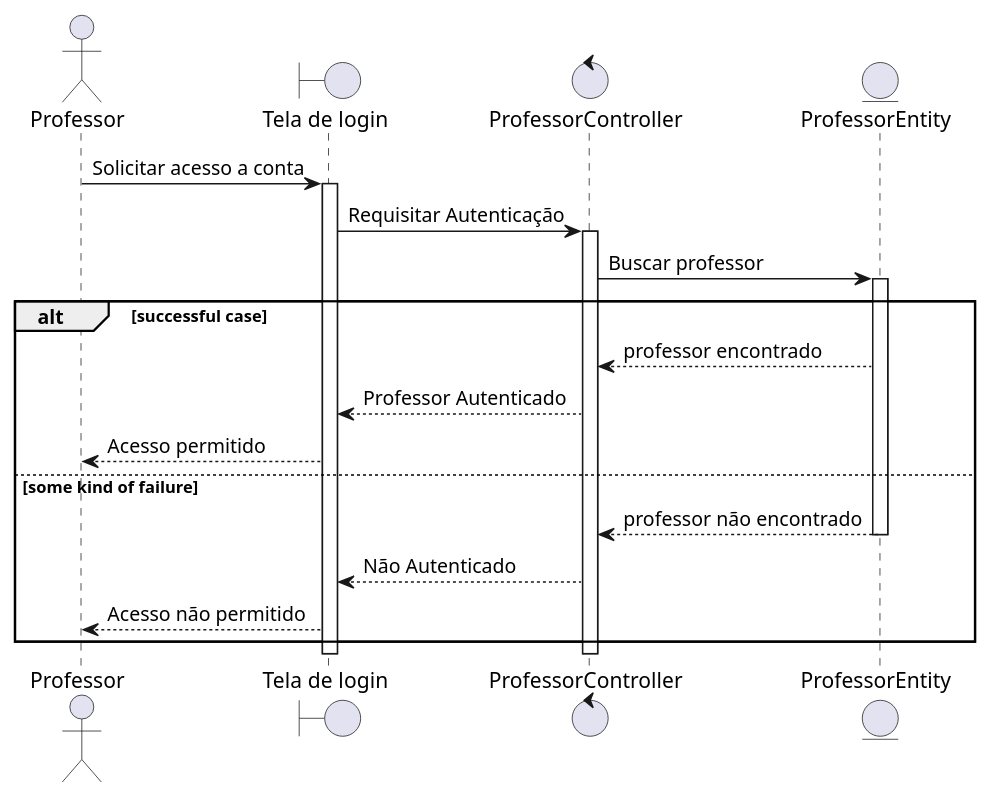
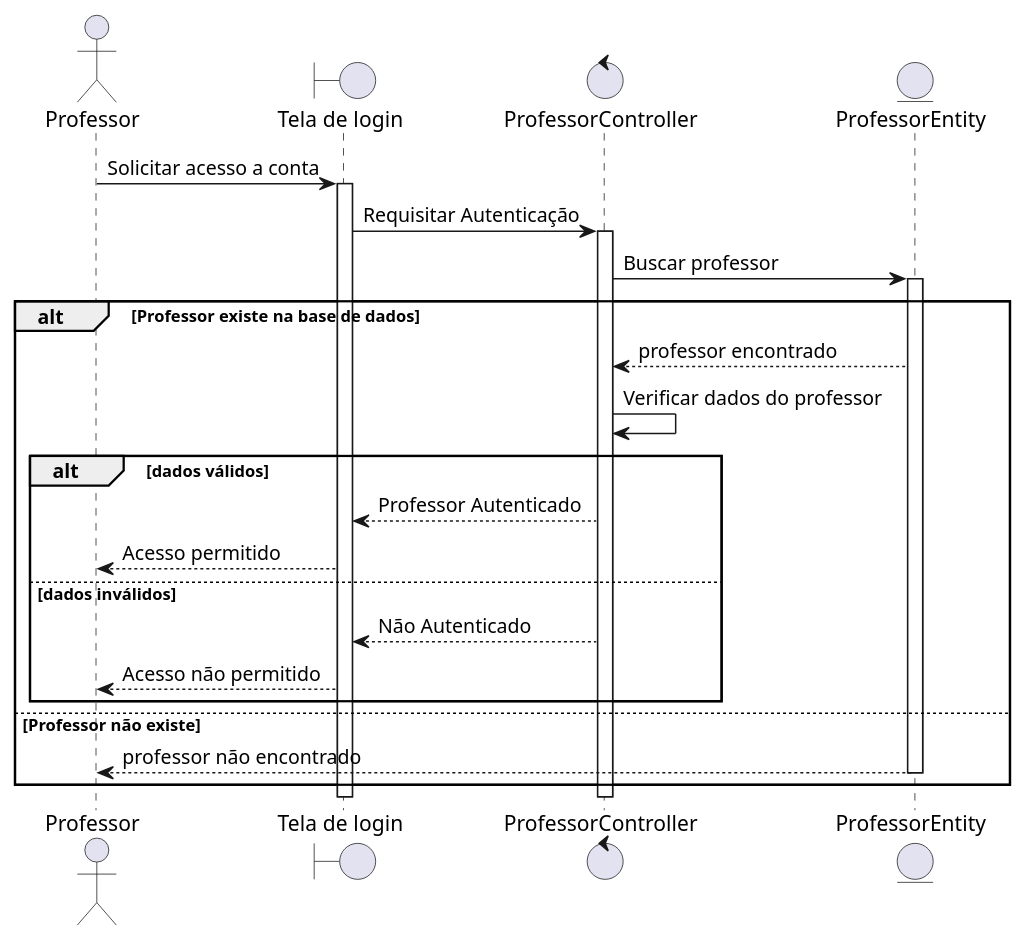
One commit to rodrigoRolim/CAdiagrams changed the diagram in sequence/professor.login.seq.wsd. Above: the diagram before and after it, drawn with PlantUML.

Commit message:
added sequence diagram's login professor to project

```diff
--- a/sequence/professor.login.seq.wsd
+++ b/sequence/professor.login.seq.wsd
@@ -1,28 +1,34 @@
 @startuml
 actor Professor
 boundary "Tela de login" as login
 control  ProfessorController
 entity ProfessorEntity
 
 Professor -> login: Solicitar acesso a conta
 activate login
 login -> ProfessorController: Requisitar Autenticação
 activate ProfessorController
 
 ProfessorController -> ProfessorEntity: Buscar professor
     activate ProfessorEntity
-    alt successful case
+    alt Professor existe na base de dados
         
         ProfessorEntity --> ProfessorController: professor encontrado
         'deactivate ProfessorController
-        ProfessorController --> login: Professor Autenticado
-        login --> Professor: Acesso permitido     
-    else some kind of failure
+         ProfessorController -> ProfessorController: Verificar dados do professor
+        alt dados válidos
+            ProfessorController --> login: Professor Autenticado
+            login --> Professor: Acesso permitido 
+        else dados inválidos
+            
+            login <-- ProfessorController: Não Autenticado
+            login --> Professor: Acesso não permitido
+        end
+       
+    else Professor não existe
         
-        ProfessorEntity --> ProfessorController: professor não encontrado
+        ProfessorEntity --> Professor: professor não encontrado
         deactivate ProfessorEntity
-        login <-- ProfessorController: Não Autenticado
-        login --> Professor: Acesso não permitido
 end
 
 @enduml
```
